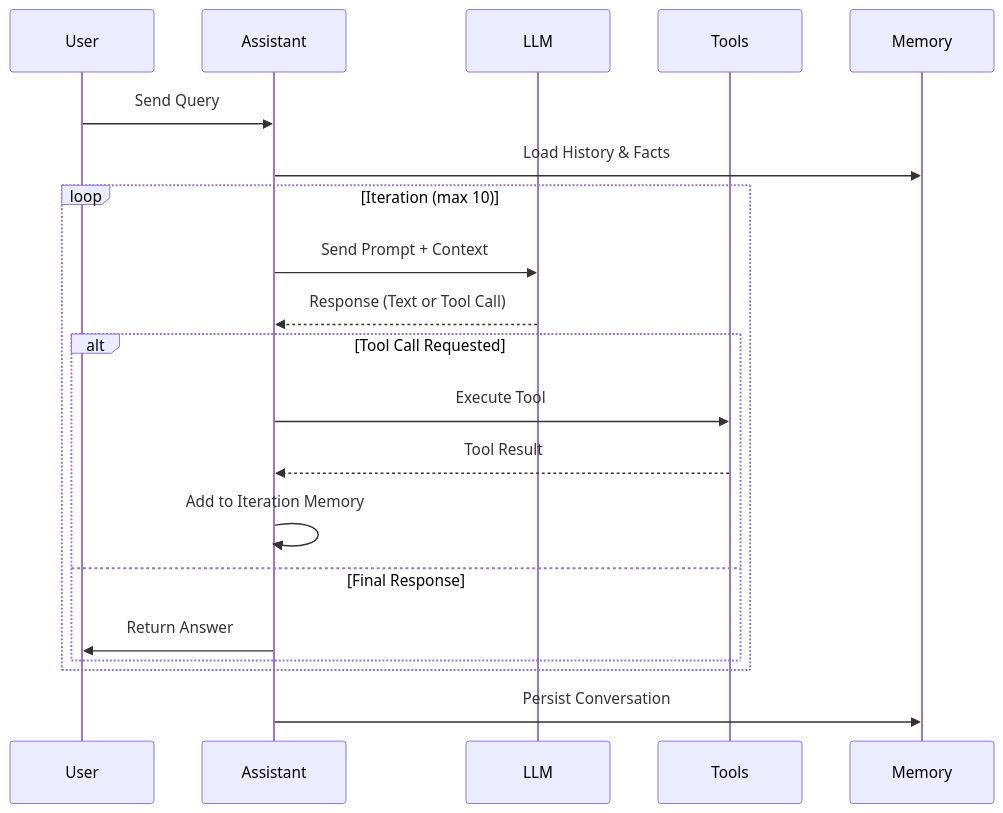
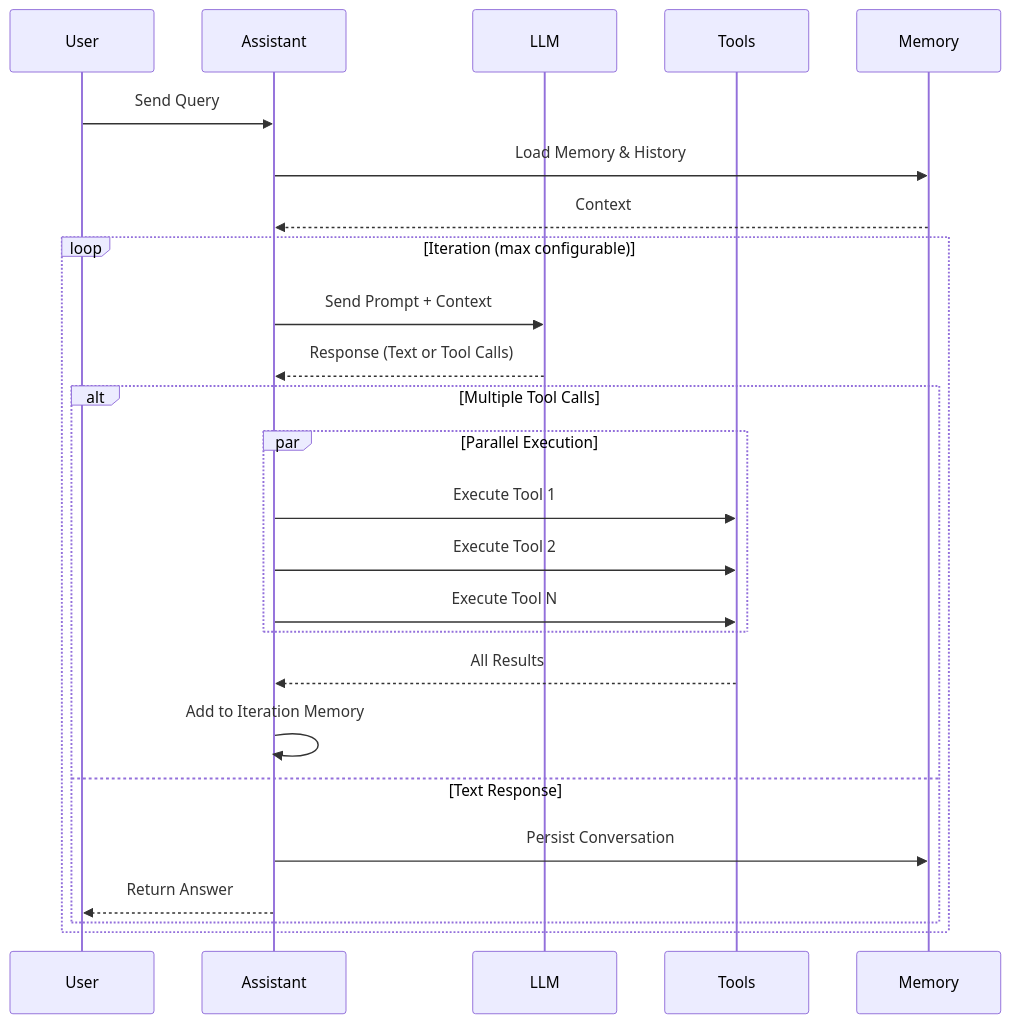
The fifth of 14 diagrams in ARCHITECTURE.md (wutsi/kokibot), drawn with Mermaid before and after one commit. The commit also changed other lines of this file and 6 other files, not shown here.

````diff
--- a/ARCHITECTURE.md
+++ b/ARCHITECTURE.md
@@ -105,23 +246,28 @@
 ```mermaid
 sequenceDiagram
     participant User
     participant Assistant
     participant LLM
     participant Tools
     participant Memory
     
     User->>Assistant: Send Query
-    Assistant->>Memory: Load History & Facts
-    loop Iteration (max 10)
+    Assistant->>Memory: Load Memory & History
+    Memory-->>Assistant: Context
+    loop Iteration (max configurable)
         Assistant->>LLM: Send Prompt + Context
-        LLM-->>Assistant: Response (Text or Tool Call)
-        alt Tool Call Requested
-            Assistant->>Tools: Execute Tool
-            Tools-->>Assistant: Tool Result
+        LLM-->>Assistant: Response (Text or Tool Calls)
+        alt Multiple Tool Calls
+            par Parallel Execution
+                Assistant->>Tools: Execute Tool 1
+                Assistant->>Tools: Execute Tool 2
+                Assistant->>Tools: Execute Tool N
+            end
+            Tools-->>Assistant: All Results
             Assistant->>Assistant: Add to Iteration Memory
-        else Final Response
-            Assistant->>User: Return Answer
+        else Text Response
+            Assistant->>Memory: Persist Conversation
+            Assistant-->>User: Return Answer
         end
     end
-    Assistant->>Memory: Persist Conversation
 ```
````
